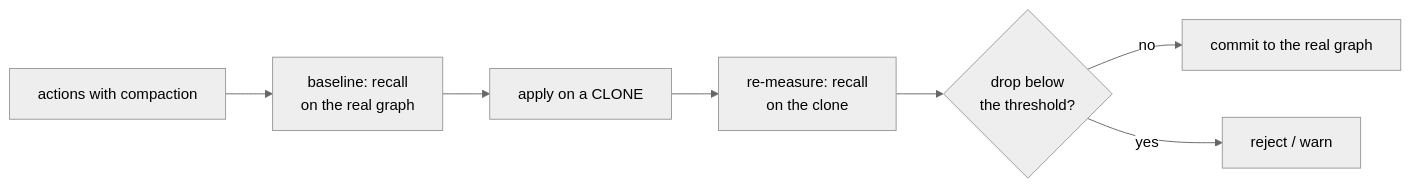
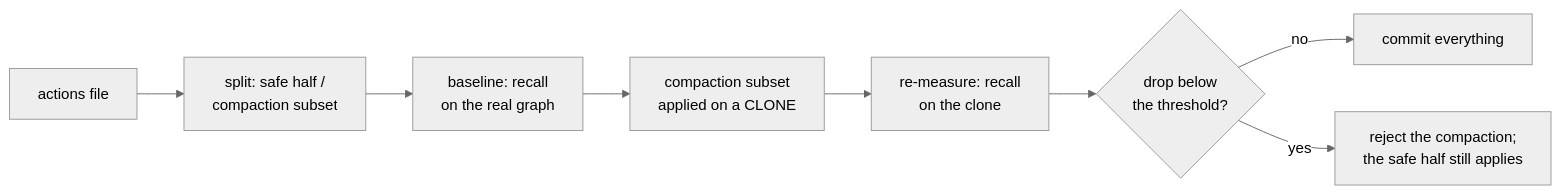
The third of 3 diagrams in docs/en/architecture/07-consolidation.md (Kvazar123/llm-amg), drawn with Mermaid (neutral theme) before and after one commit. The commit also changed other lines of this file and 11 other files, not shown here.

````diff
--- a/docs/en/architecture/07-consolidation.md
+++ b/docs/en/architecture/07-consolidation.md
@@ -106,9 +106,10 @@
 ```mermaid
 flowchart LR
-    A["actions with compaction"] --> B["baseline: recall<br/>on the real graph"]
-    B --> C["apply on a CLONE"]
+    A["actions file"] --> S["split: safe half /<br/>compaction subset"]
+    S --> B["baseline: recall<br/>on the real graph"]
+    B --> C["compaction subset<br/>applied on a CLONE"]
     C --> D["re-measure: recall<br/>on the clone"]
     D --> E{drop below<br/>the threshold?}
-    E -->|no| OK["commit to the real graph"]
-    E -->|yes| F["reject / warn"]
+    E -->|no| OK["commit everything"]
+    E -->|yes| F["reject the compaction;<br/>the safe half still applies"]
 ```
````
